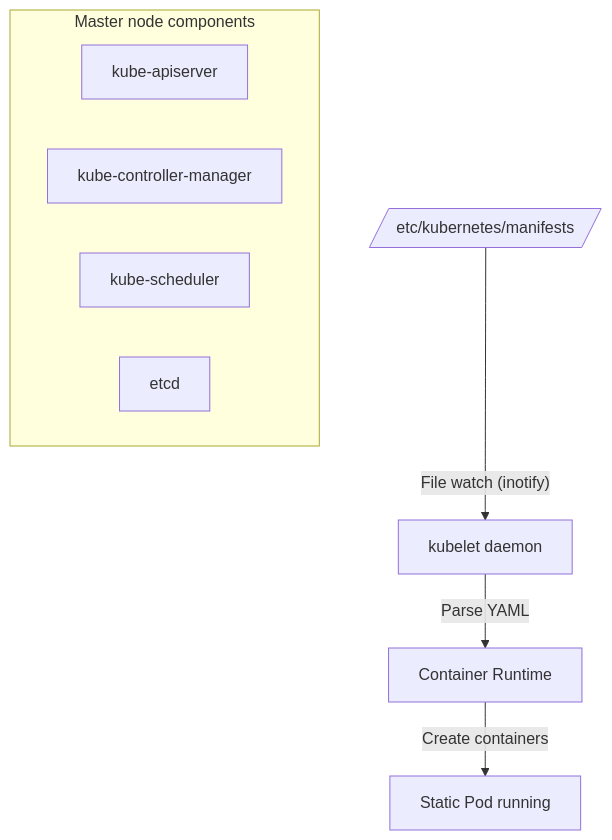
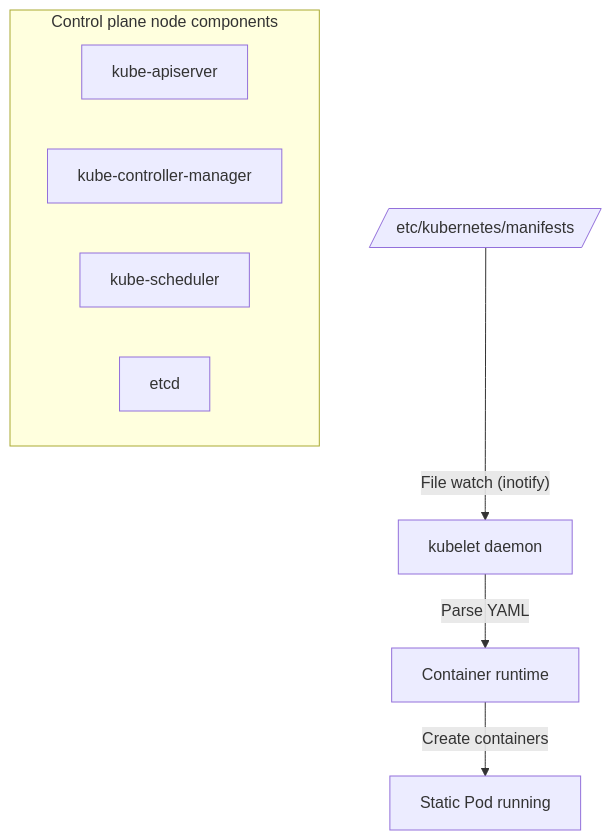
The diagram in content/security/03-operation/25-static-pod-auth-config.md (jeonck/k8s-adv), drawn with Mermaid before and after one commit. The commit also changed other lines of this file and 53 other files, not shown here.

````diff
--- a/content/security/03-operation/25-static-pod-auth-config.md
+++ b/content/security/03-operation/25-static-pod-auth-config.md
@@ -32,13 +32,13 @@
 ```mermaid
 flowchart TD
     Dir[/etc/kubernetes/manifests/] -- "File watch (inotify)" --> Kubelet[kubelet daemon]
-    Kubelet -- "Parse YAML" --> Runtime[Container Runtime]
+    Kubelet -- "Parse YAML" --> Runtime[Container runtime]
     Runtime -- "Create containers" --> Pod[Static Pod running]
     
-    subgraph ControlPlane["Master node components"]
+    subgraph ControlPlane["Control plane node components"]
     Pod1[kube-apiserver]
     Pod2[kube-controller-manager]
     Pod3[kube-scheduler]
     Pod4[etcd]
     end
 ```
````
